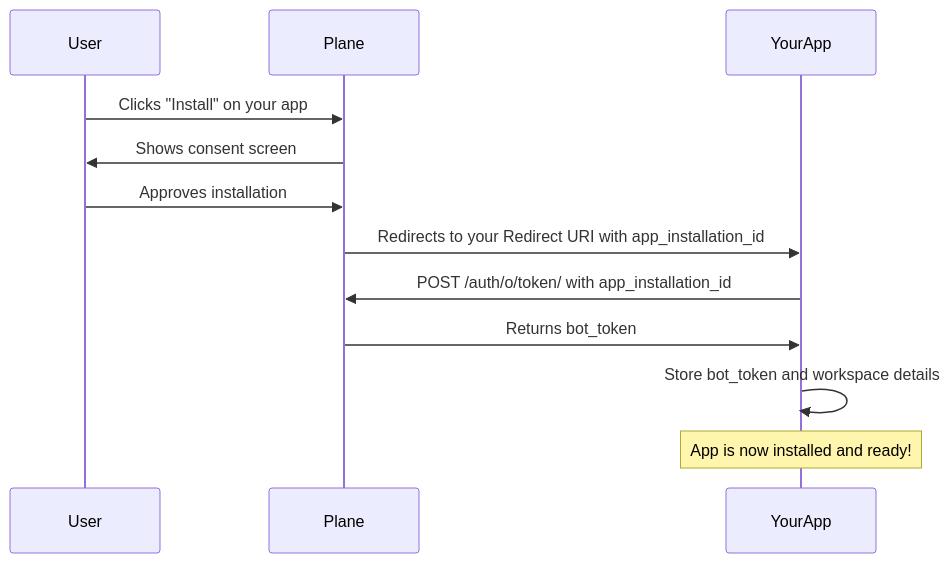
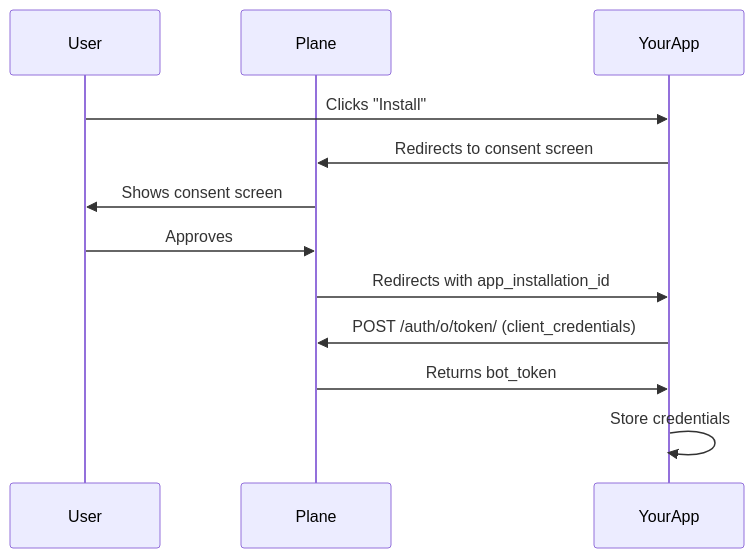
The first of 2 diagrams in docs/dev-tools/build-plane-app.md (makeplane/developer-docs), drawn with Mermaid before and after one commit. The commit also changed other lines of this file, not shown here.

Commit message:
make docs for building plane app more simpler

````diff
--- a/docs/dev-tools/build-plane-app.md
+++ b/docs/dev-tools/build-plane-app.md
@@ -281,15 +55,15 @@
 ```mermaid
 sequenceDiagram
     participant User
     participant Plane
     participant YourApp
 
-    User->>Plane: Clicks "Install" on your app
+    User->>YourApp: Clicks "Install"
+    YourApp->>Plane: Redirects to consent screen
     Plane->>User: Shows consent screen
-    User->>Plane: Approves installation
-    Plane->>YourApp: Redirects to your Redirect URI with app_installation_id
-    YourApp->>Plane: POST /auth/o/token/ with app_installation_id
+    User->>Plane: Approves
+    Plane->>YourApp: Redirects with app_installation_id
+    YourApp->>Plane: POST /auth/o/token/ (client_credentials)
     Plane->>YourApp: Returns bot_token
-    YourApp->>YourApp: Store bot_token and workspace details
-    Note over YourApp: App is now installed and ready!
+    YourApp->>YourApp: Store credentials
 ```
````
